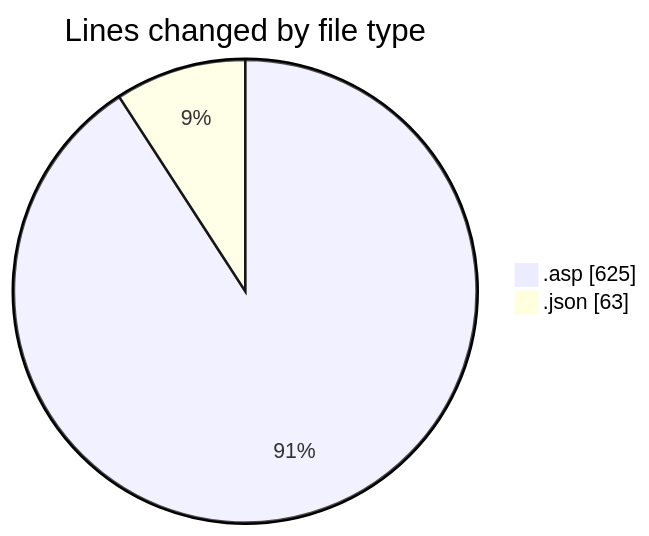
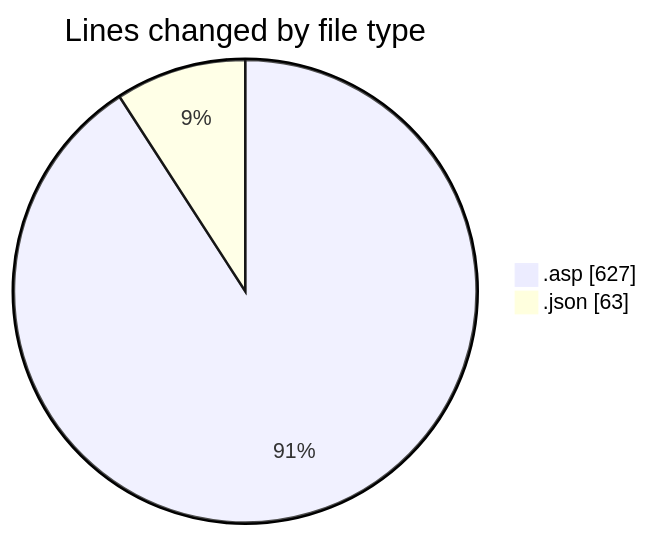
One commit to julien-gomy/code-tracking changed the first of 2 diagrams in 2025-10-20/usr_aleoudev_fr__workspace_/README.md. Above: the diagram before and after it, drawn with Mermaid. The commit also changed other lines of this file and 1 other file, not shown here.

````diff
--- a/2025-10-20/usr_aleoudev_fr__workspace_/README.md
+++ b/2025-10-20/usr_aleoudev_fr__workspace_/README.md
@@ -22,6 +22,6 @@
 ```mermaid
 pie showData
 title Lines changed by file type
-".asp" : 625
+".asp" : 627
 ".json" : 63
 ```
````
